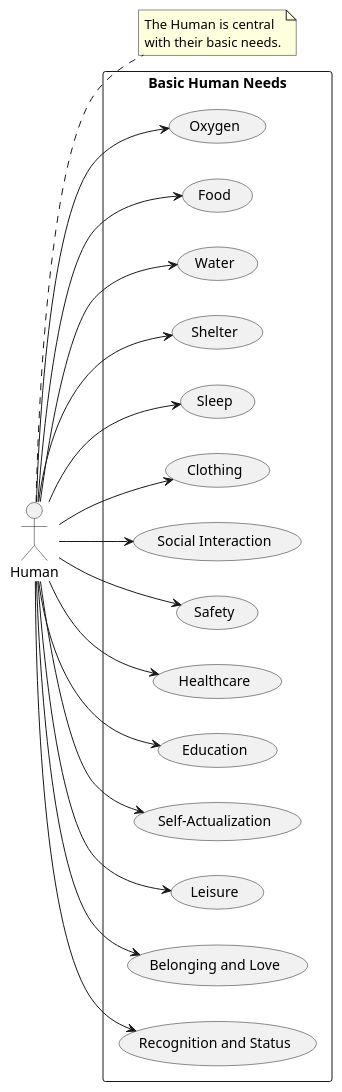
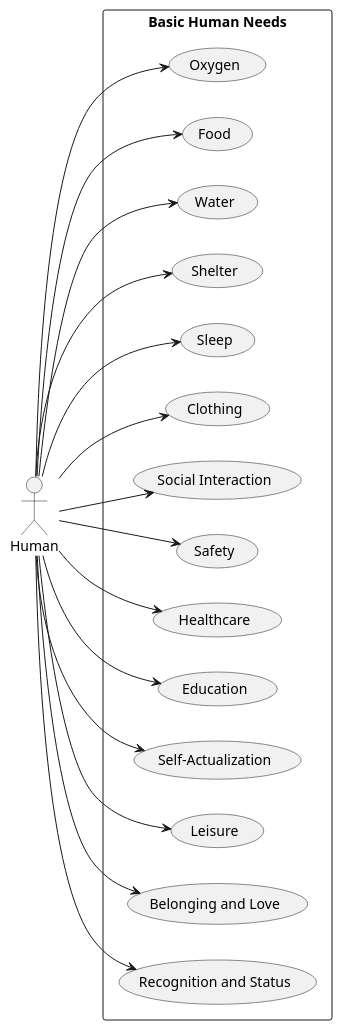
Before and after one commit to tonisun/SelflessServe.org: the diagram in docs/Human Use Cases.plantuml, drawn with PlantUML. The commit also changed 2 other files, not shown here.

```diff
--- a/docs/Human Use Cases.plantuml
+++ b/docs/Human Use Cases.plantuml
@@ -1,39 +1,38 @@
 @startuml "Human Use Cases"
 left to right direction
 actor Human
 
 rectangle "Basic Human Needs" {
   usecase "Oxygen" as UC1
   usecase "Food" as UC2
   usecase "Water" as UC3
   usecase "Shelter" as UC4
   usecase "Sleep" as UC5
   usecase "Clothing" as UC6
   usecase "Social Interaction" as UC7
   usecase "Safety" as UC8
   usecase "Healthcare" as UC9
   usecase "Education" as UC10
   usecase "Self-Actualization" as UC11
   usecase "Leisure" as UC12
   usecase "Belonging and Love" as UC13
   usecase "Recognition and Status" as UC14
 }
 
 Human --> UC1
 Human --> UC2
 Human --> UC3
 Human --> UC4
 Human --> UC5
 Human --> UC6
 Human --> UC7
 Human --> UC8
 Human --> UC9
 Human --> UC10
 Human --> UC11
 Human --> UC12
 Human --> UC13
 Human --> UC14
 
-note right of Human: The Human is central \nwith their basic needs.
 
 @enduml
```
